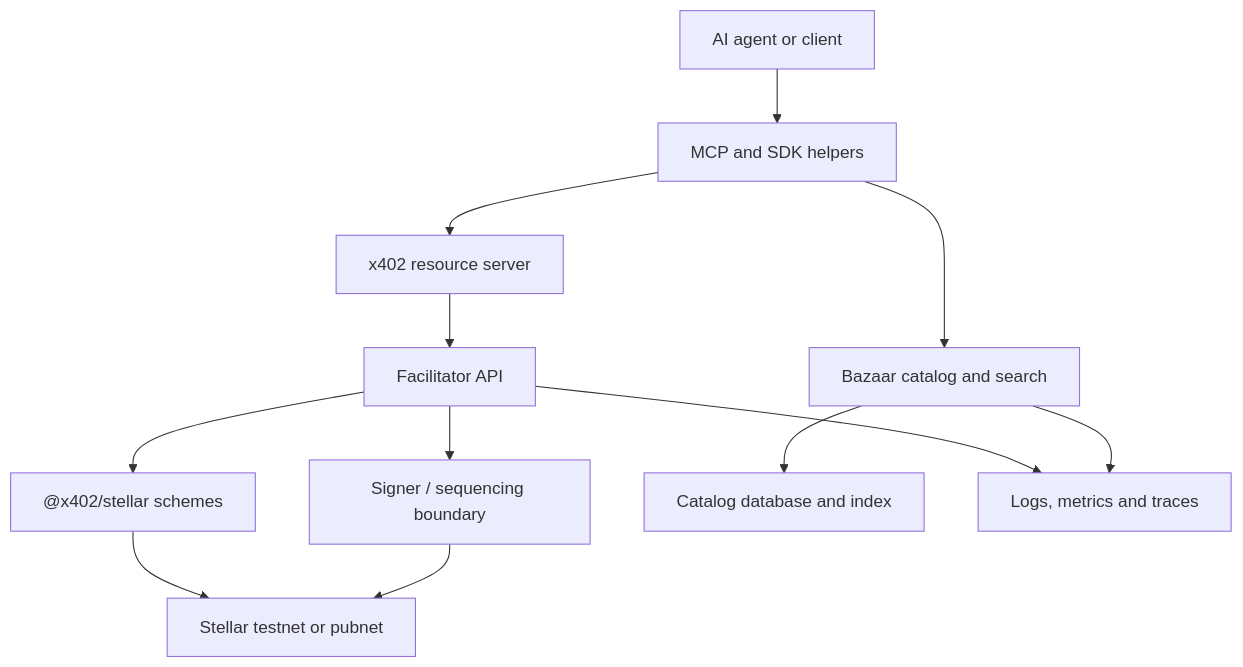
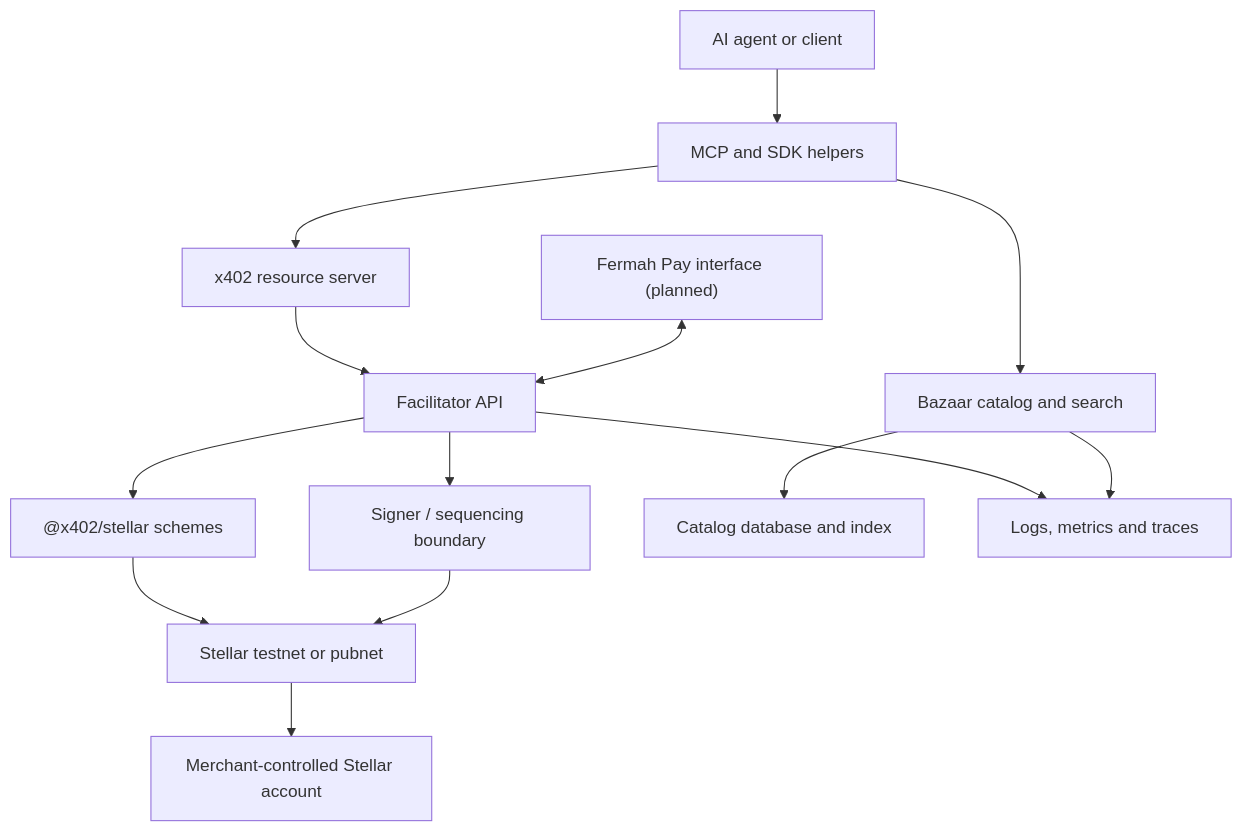
Before and after one commit to AiFinPay/stellar-x402-facilitator: the diagram in README.md, drawn with Mermaid. The commit also changed other lines of this file, not shown here.

Commit message:
docs: add AIFP-1 merchant flow and Fermah interoperability

````diff
--- a/README.md
+++ b/README.md
@@ -50,14 +74,16 @@
 ```mermaid
 flowchart TD
     A["AI agent or client"] --> M["MCP and SDK helpers"]
     M --> B["Bazaar catalog and search"]
     M --> R["x402 resource server"]
     R --> F["Facilitator API"]
     F --> X["@x402/stellar schemes"]
     F --> Q["Signer / sequencing boundary"]
     X --> S["Stellar testnet or pubnet"]
     Q --> S
     B --> D["Catalog database and index"]
     F --> O["Logs, metrics and traces"]
     B --> O
+    S --> H["Merchant-controlled Stellar account"]
+    P["Fermah Pay interface (planned)"] <--> F
 ```
````
